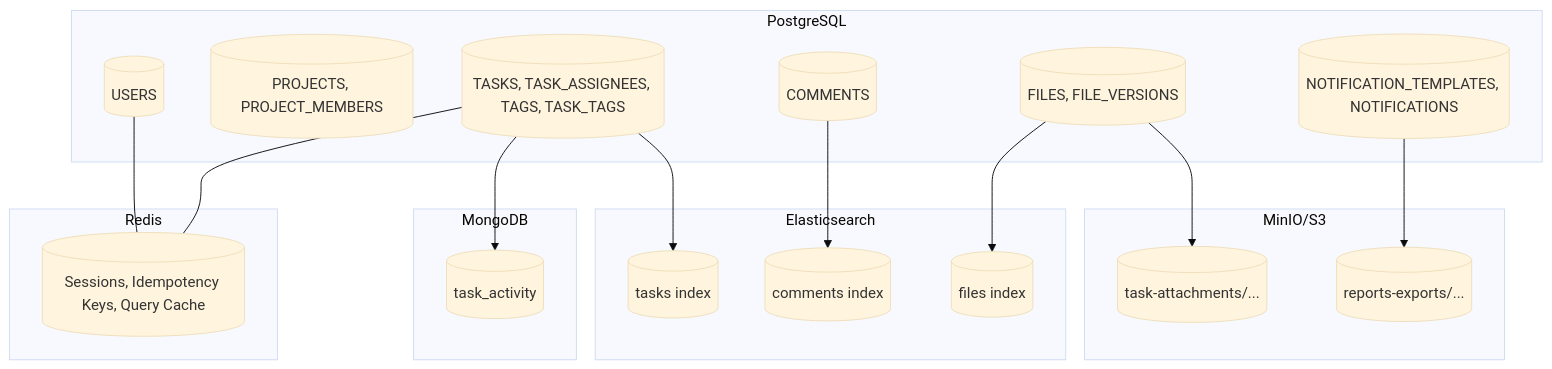
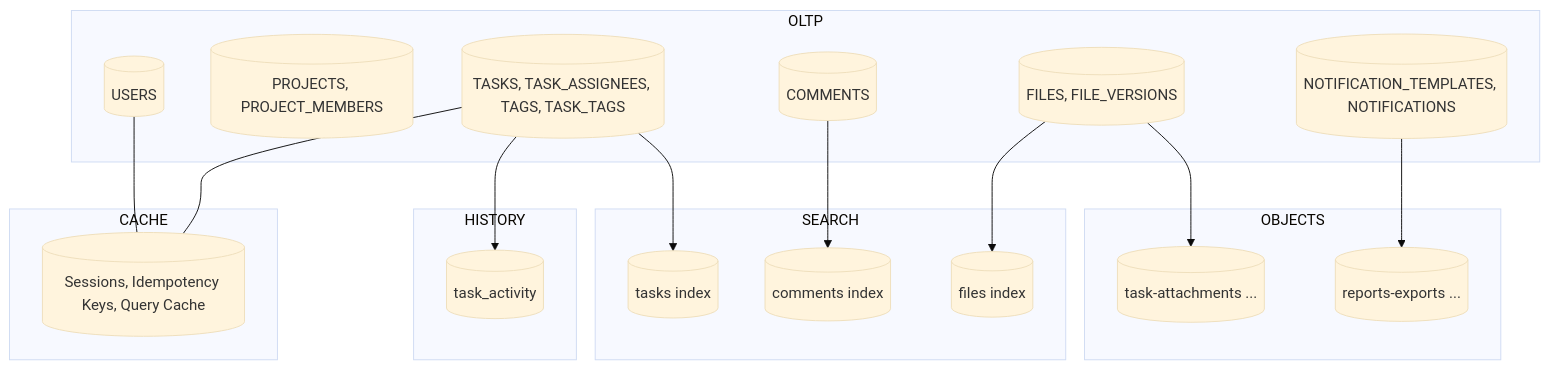
The second of 5 diagrams in docs/interservice-diagrams.md (maximfersko/TaskForge), drawn with Mermaid (base theme) before and after one commit. The commit also changed other lines of this file, not shown here.

Commit message:
refactoring main service diagram

````diff
--- a/docs/interservice-diagrams.md
+++ b/docs/interservice-diagrams.md
@@ -133,39 +134,39 @@
 ```mermaid
 flowchart TB
-  subgraph OLTP[PostgreSQL]
+  subgraph OLTP
     U[(USERS)]
     P[(PROJECTS, PROJECT_MEMBERS)]
     T[(TASKS, TASK_ASSIGNEES, TAGS, TASK_TAGS)]
     C[(COMMENTS)]
     F[(FILES, FILE_VERSIONS)]
     N[(NOTIFICATION_TEMPLATES, NOTIFICATIONS)]
   end
 
-  subgraph HISTORY[MongoDB]
+  subgraph HISTORY
     TA[(task_activity)]
   end
 
-  subgraph CACHE[Redis]
+  subgraph CACHE
     RC[(Sessions, Idempotency Keys, Query Cache)]
   end
 
-  subgraph SEARCH[Elasticsearch]
+  subgraph SEARCH
     ET[(tasks index)]
     EC[(comments index)]
     EF[(files index)]
   end
 
-  subgraph OBJECTS[MinIO/S3]
-    OA[(task-attachments/...)]
-    OR[(reports-exports/...)]
+  subgraph OBJECTS
+    OA[(task-attachments ...)]
+    OR[(reports-exports ...)]
   end
 
   T --> TA
   C --> EC
   T --> ET
   F --> EF
   F --> OA
   N --> OR
   U --- RC
   T --- RC
 ```
````
